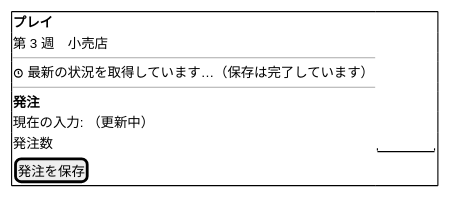
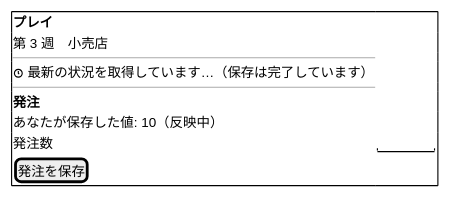
Before and after one commit to k2works/case-study-beer-game-simulation: the seventh of 15 diagrams in docs/design/beer-game-kotlin/ui-design.md, drawn with PlantUML. The commit also changed other lines of this file and 10 other files, not shown here.

````diff
--- a/docs/design/beer-game-kotlin/ui-design.md
+++ b/docs/design/beer-game-kotlin/ui-design.md
@@ -275,15 +294,15 @@
 ```plantuml
 @startsalt
 {+
   <b>プレイ
   第 3 週　小売店
   ---
   <&clock> 最新の状況を取得しています…（保存は完了しています）
   ---
   <b>発注
-  現在の入力: （更新中）
+  あなたが保存した値: 10（反映中）
   発注数 | "      "
   [ 発注を保存 ]
 }
 @endsalt
 ```
````
